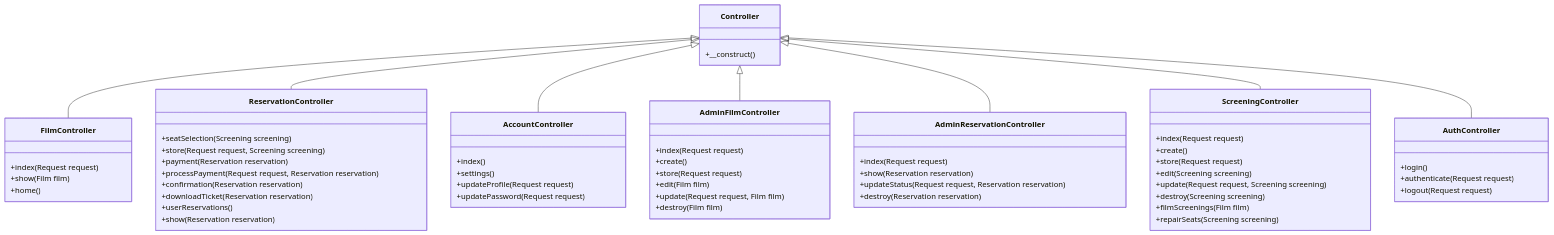
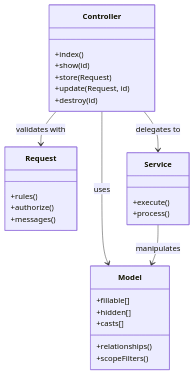
The second of 4 diagrams in backend-documentation.md (harkoussomar/cinema-system-management), drawn with Mermaid before and after one commit. The commit also changed other lines of this file and 43 other files, not shown here.

````diff
--- a/backend-documentation.md
+++ b/backend-documentation.md
@@ -153,71 +312,34 @@
 ```mermaid
 classDiagram
     class Controller {
-        +__construct()
+        +index()
+        +show(id)
+        +store(Request)
+        +update(Request, id)
+        +destroy(id)
     }
 
-    class FilmController {
-        +index(Request request)
-        +show(Film film)
-        +home()
+    class Model {
+        +fillable[]
+        +hidden[]
+        +casts[]
+        +relationships()
+        +scopeFilters()
     }
 
-    class ReservationController {
-        +seatSelection(Screening screening)
-        +store(Request request, Screening screening)
-        +payment(Reservation reservation)
-        +processPayment(Request request, Reservation reservation)
-        +confirmation(Reservation reservation)
-        +downloadTicket(Reservation reservation)
-        +userReservations()
-        +show(Reservation reservation)
+    class Request {
+        +rules()
+        +authorize()
+        +messages()
     }
 
-    class AccountController {
-        +index()
-        +settings()
-        +updateProfile(Request request)
-        +updatePassword(Request request)
+    class Service {
+        +execute()
+        +process()
     }
 
-    class AdminFilmController {
-        +index(Request request)
-        +create()
-        +store(Request request)
-        +edit(Film film)
-        +update(Request request, Film film)
-        +destroy(Film film)
-    }
-
-    class AdminReservationController {
-        +index(Request request)
-        +show(Reservation reservation)
-        +updateStatus(Request request, Reservation reservation)
-        +destroy(Reservation reservation)
-    }
-
-    class ScreeningController {
-        +index(Request request)
-        +create()
-        +store(Request request)
-        +edit(Screening screening)
-        +update(Request request, Screening screening)
-        +destroy(Screening screening)
-        +filmScreenings(Film film)
-        +repairSeats(Screening screening)
-    }
-
-    class AuthController {
-        +login()
-        +authenticate(Request request)
-        +logout(Request request)
-    }
-
-    Controller <|-- FilmController
-    Controller <|-- ReservationController
-    Controller <|-- AccountController
-    Controller <|-- AdminFilmController
-    Controller <|-- AdminReservationController
-    Controller <|-- ScreeningController
-    Controller <|-- AuthController
+    Controller --> Model: uses
+    Controller --> Request: validates with
+    Controller --> Service: delegates to
+    Service --> Model: manipulates
 ```
````
